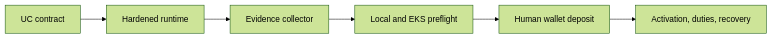
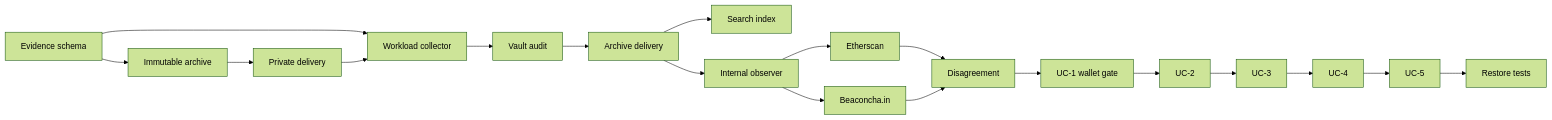
The diagram in plans/2026-09-07-hoodi-validator-lifecycle/graph.mmd (s1ns3nz0/node-operator), drawn with Mermaid (forest theme) before and after one commit. The commit also changed 10 other files, not shown here.

```diff
--- a/plans/2026-09-07-hoodi-validator-lifecycle/graph.mmd
+++ b/plans/2026-09-07-hoodi-validator-lifecycle/graph.mmd
@@ -1,6 +1,8 @@
 flowchart LR
-  T1[UC contract] --> T2[Hardened runtime]
-  T2 --> T3[Evidence collector]
-  T3 --> T4[Local and EKS preflight]
-  T4 --> T5[Human wallet deposit]
-  T5 --> T6[Activation, duties, recovery]
+  T1[Evidence schema] --> T2[Immutable archive] --> T3[Private delivery]
+  T1 --> T4[Workload collector]
+  T3 --> T4 --> T5[Vault audit] --> T6[Archive delivery]
+  T6 --> T7[Search index]
+  T6 --> T8[Internal observer] --> T9[Etherscan] --> T11[Disagreement]
+  T8 --> T10[Beaconcha.in] --> T11
+  T11 --> T12[UC-1 wallet gate] --> T13[UC-2] --> T14[UC-3] --> T15[UC-4] --> T16[UC-5] --> T17[Restore tests]
```
